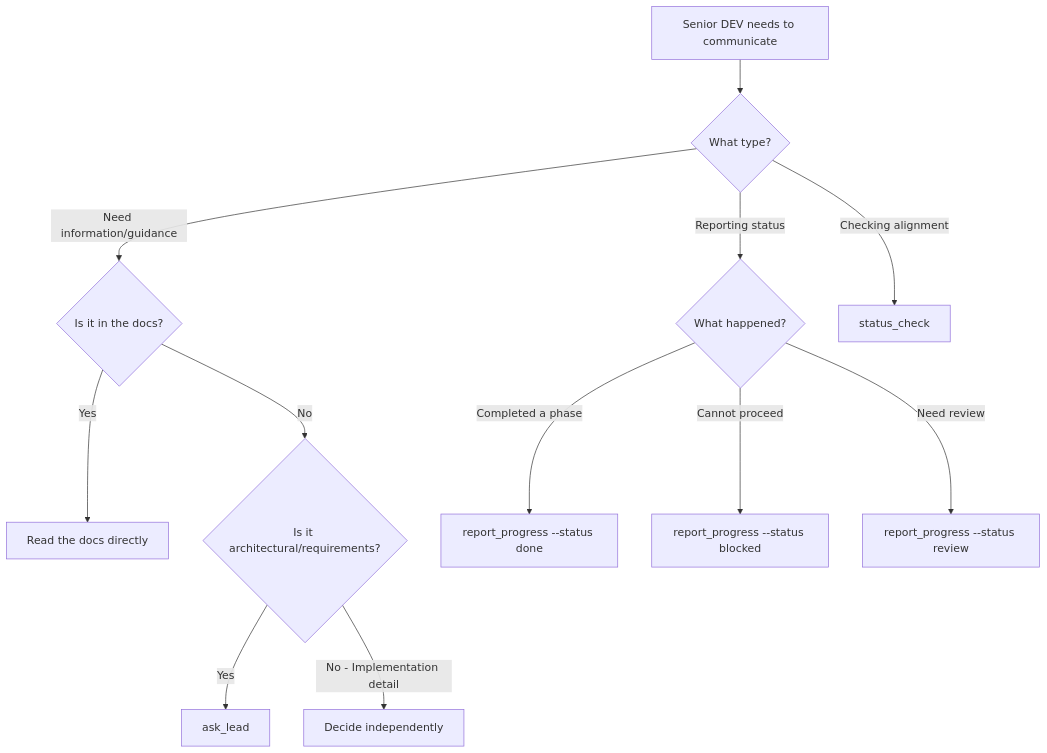
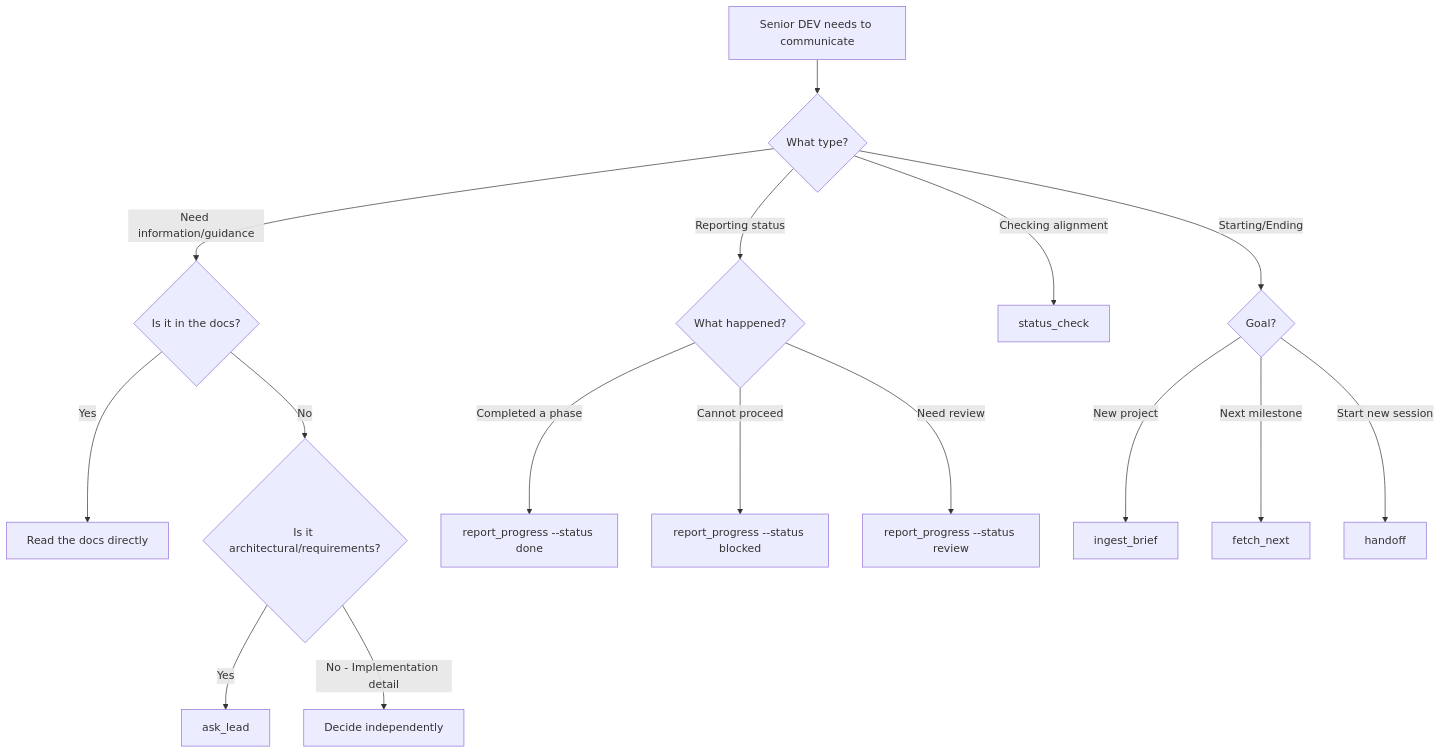
One commit to kovacsalex95/hhl-mas changed the diagram in docs/00_global/WORKFLOW.md. Above: the diagram before and after it, drawn with Mermaid. The commit also changed other lines of this file, not shown here.

````diff
--- a/docs/00_global/WORKFLOW.md
+++ b/docs/00_global/WORKFLOW.md
@@ -181,17 +132,22 @@
 ```mermaid
 flowchart TD
     A[Senior DEV needs to communicate] --> B{What type?}
 
     B -->|Need information/guidance| C{Is it in the docs?}
     C -->|Yes| D[Read the docs directly]
     C -->|No| E{Is it architectural/requirements?}
     E -->|Yes| F[ask_lead]
     E -->|No - Implementation detail| G[Decide independently]
 
     B -->|Reporting status| H{What happened?}
     H -->|Completed a phase| I[report_progress --status done]
     H -->|Cannot proceed| J[report_progress --status blocked]
     H -->|Need review| K[report_progress --status review]
 
     B -->|Checking alignment| L[status_check]
+    
+    B -->|Starting/Ending| M{Goal?}
+    M -->|New project| N[ingest_brief]
+    M -->|Next milestone| O[fetch_next]
+    M -->|Start new session| P[handoff]
 ```
````
